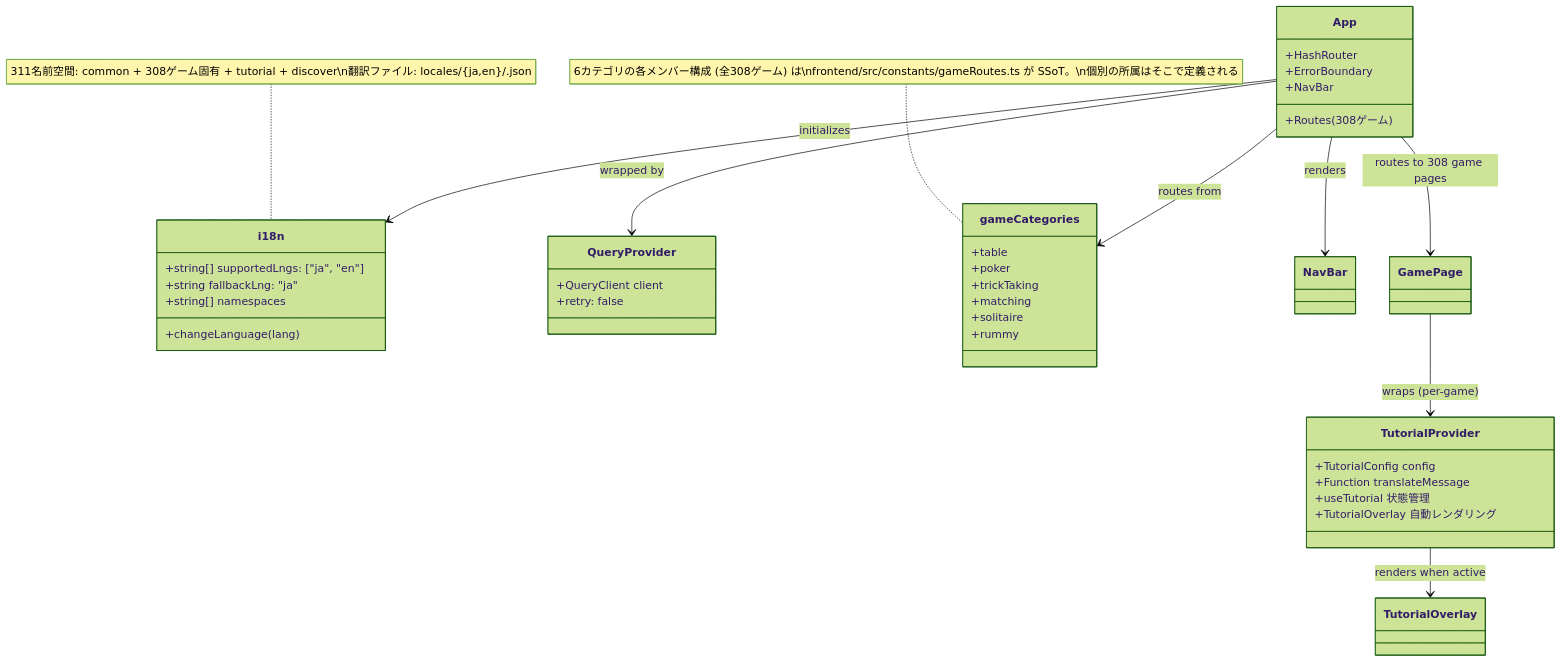
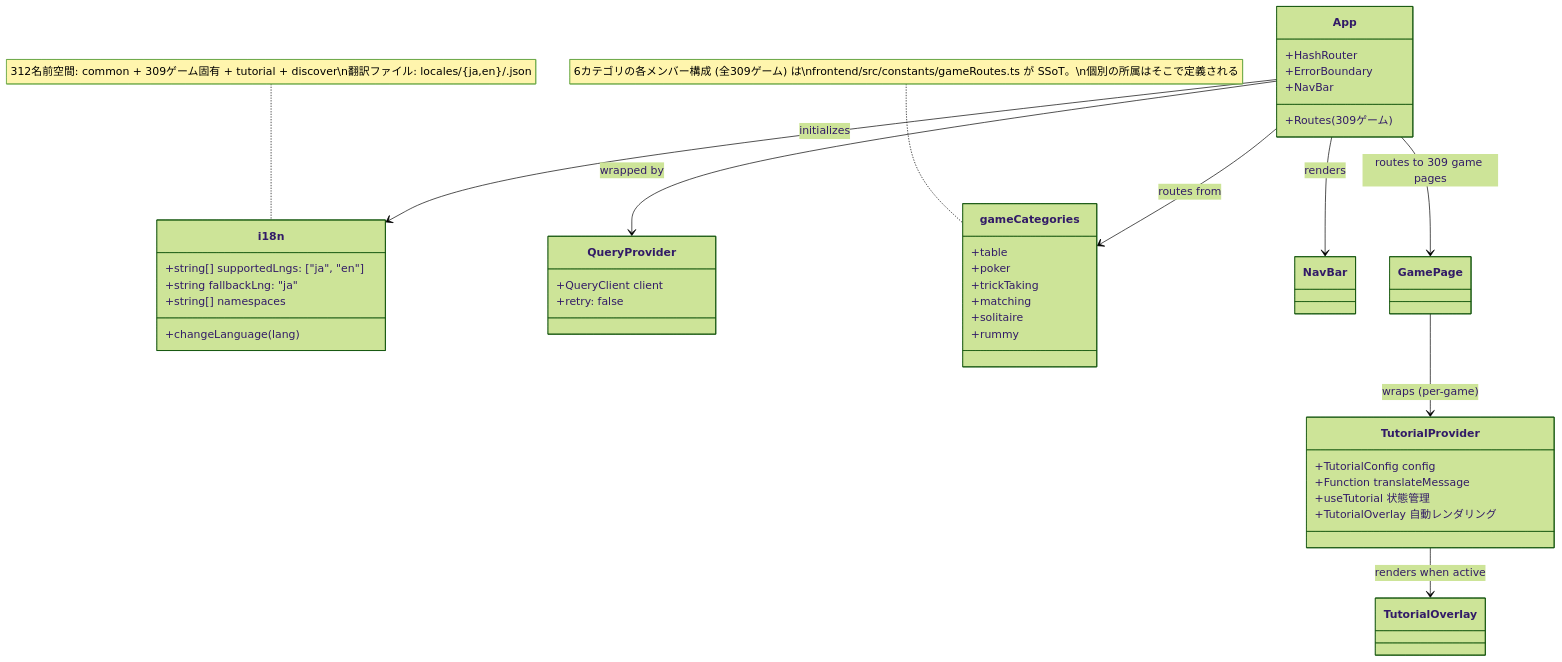
One commit to yuta-yoshinaga/go_trumpcards changed the ninth of 49 diagrams in docs/design/frontend.md. Above: the diagram before and after it, drawn with Mermaid (forest theme). The commit also changed other lines of this file and 59 other files, not shown here.

````diff
--- a/docs/design/frontend.md
+++ b/docs/design/frontend.md
@@ -1869,48 +1869,48 @@
 ```mermaid
 classDiagram
     class i18n {
         +string[] supportedLngs: ["ja", "en"]
         +string fallbackLng: "ja"
         +string[] namespaces
         +changeLanguage(lang)
     }
 
     class QueryProvider {
         +QueryClient client
         +retry: false
     }
 
     class App {
         +HashRouter
         +ErrorBoundary
         +NavBar
-        +Routes (308ゲーム)
+        +Routes (309ゲーム)
     }
 
     class gameCategories {
         +table
         +poker
         +trickTaking
         +matching
         +solitaire
         +rummy
     }
-    note for gameCategories "6カテゴリの各メンバー構成 (全308ゲーム) は\nfrontend/src/constants/gameRoutes.ts が SSoT。\n個別の所属はそこで定義される"
+    note for gameCategories "6カテゴリの各メンバー構成 (全309ゲーム) は\nfrontend/src/constants/gameRoutes.ts が SSoT。\n個別の所属はそこで定義される"
 
     class TutorialProvider {
         +TutorialConfig config
         +Function translateMessage
         +useTutorial 状態管理
         +TutorialOverlay 自動レンダリング
     }
 
     App --> QueryProvider : wrapped by
     App --> i18n : initializes
     App --> gameCategories : routes from
     App --> NavBar : renders
-    App --> GamePage : routes to 308 game pages
+    App --> GamePage : routes to 309 game pages
     GamePage --> TutorialProvider : wraps (per-game)
     TutorialProvider --> TutorialOverlay : renders when active
 
-    note for i18n "311名前空間: common + 308ゲーム固有 + tutorial + discover\n翻訳ファイル: locales/{ja,en}/<game>.json"
+    note for i18n "312名前空間: common + 309ゲーム固有 + tutorial + discover\n翻訳ファイル: locales/{ja,en}/<game>.json"
 ```
````
